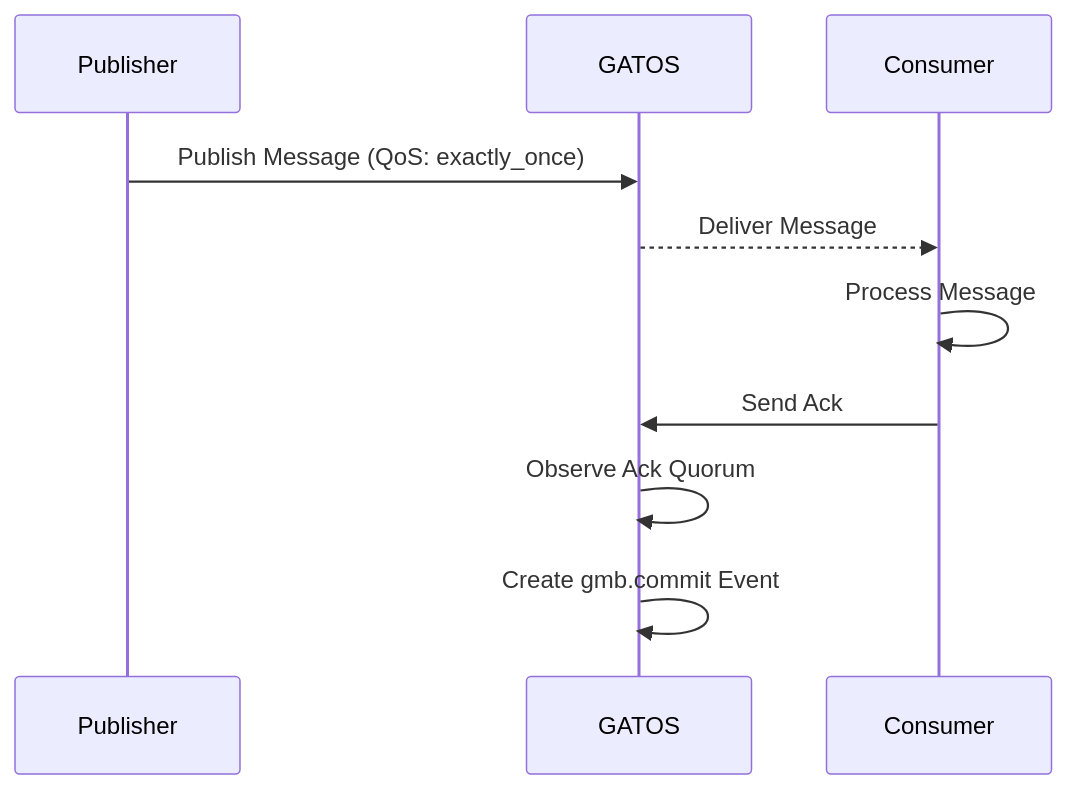
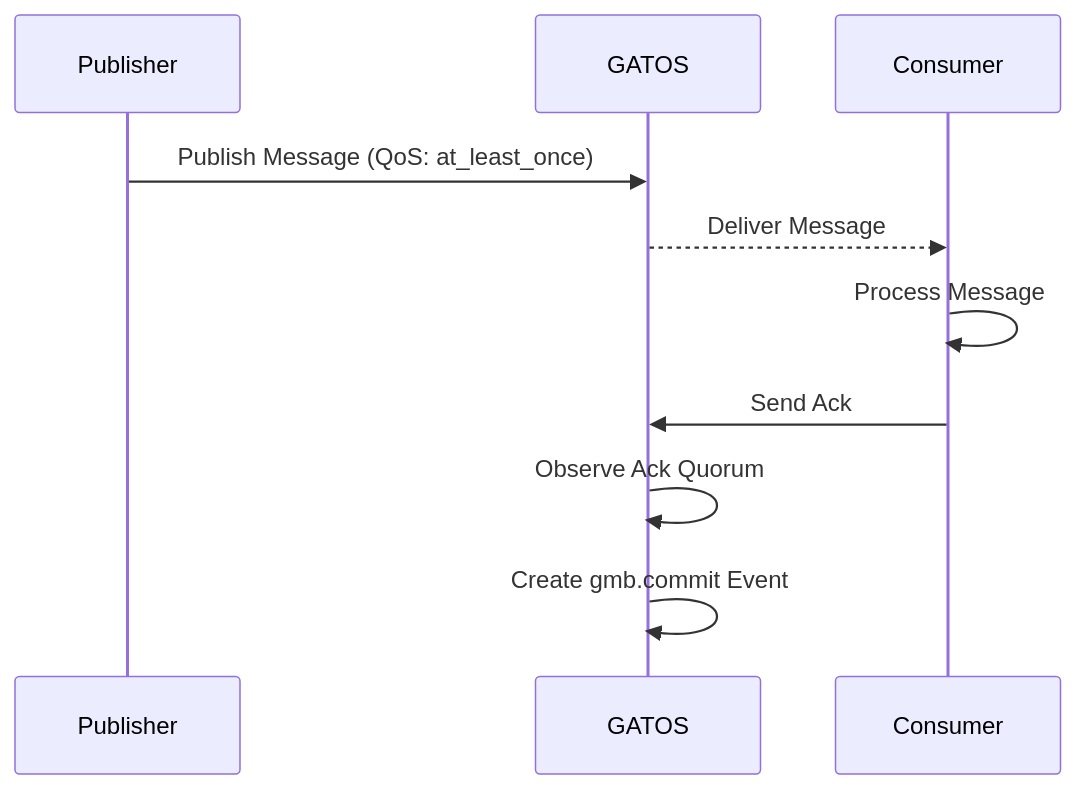
One commit to flyingrobots/gatos changed the ninth of 21 diagrams in docs/SPEC.md. Above: the diagram before and after it, drawn with Mermaid. The commit also changed other lines of this file and 1 other file, not shown here.

Commit message:
docs(spec,tech-spec): adopt DAG-CBOR + Event-CID; at-least-once bus semantics; single job claim lock ref; opaque pointer privacy note; JSONL error/keepalive frames

````diff
--- a/docs/SPEC.md
+++ b/docs/SPEC.md
@@ -314,13 +321,13 @@
 ```mermaid
 sequenceDiagram
     participant Publisher
     participant GATOS
     participant Consumer
 
-    Publisher->>GATOS: Publish Message (QoS: exactly_once)
+    Publisher->>GATOS: Publish Message (QoS: at_least_once)
     GATOS-->>Consumer: Deliver Message
     Consumer->>Consumer: Process Message
     Consumer->>GATOS: Send Ack
     GATOS->>GATOS: Observe Ack Quorum
     GATOS->>GATOS: Create gmb.commit Event
 ```
````
